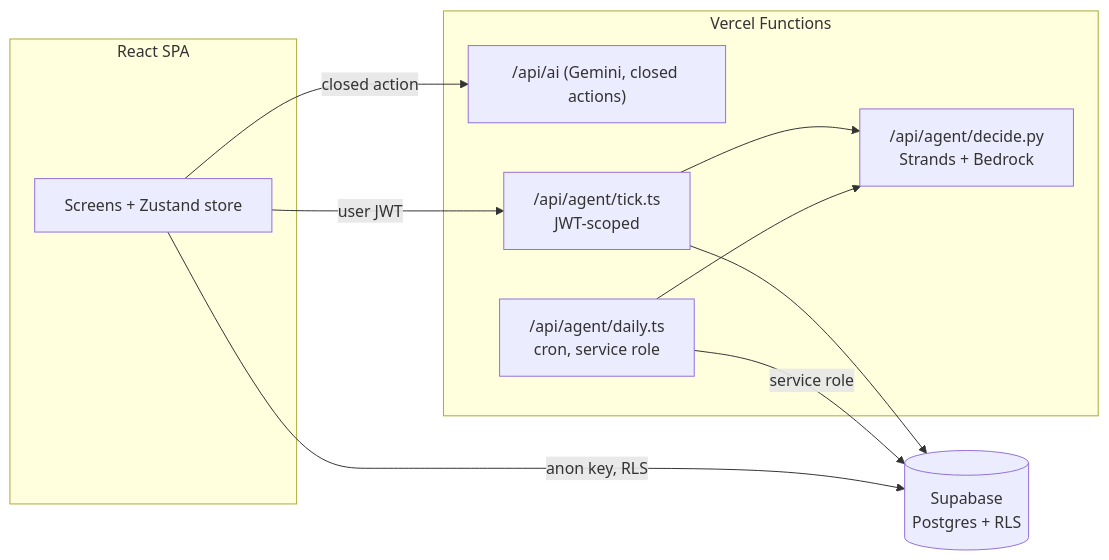
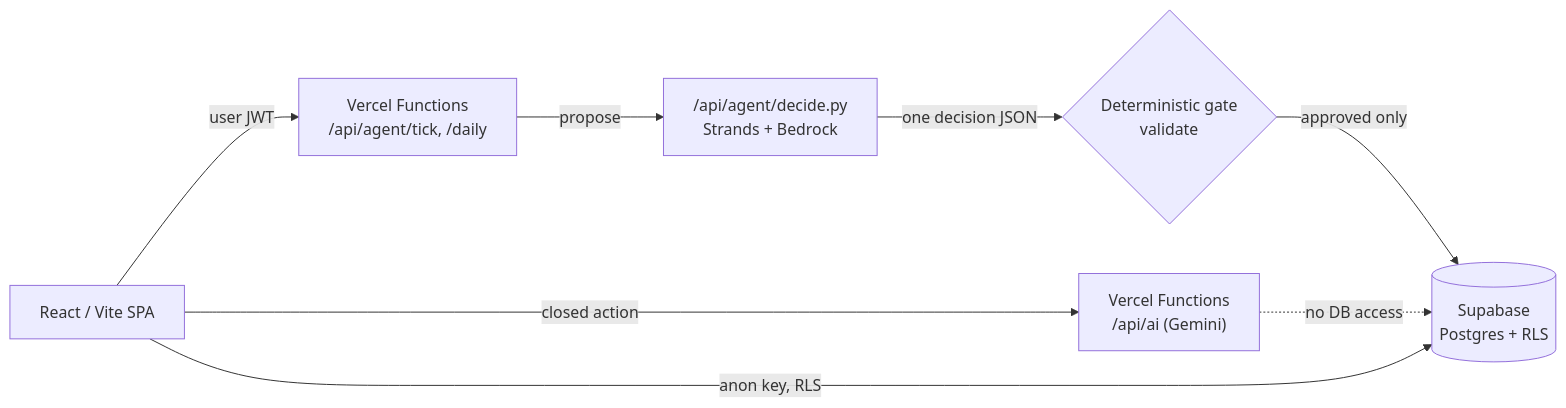
The diagram in README.md (Hloniphani-Dube/Arcadedu), drawn with Mermaid before and after one commit. The commit also changed other lines of this file and 17 other files, not shown here.

````diff
--- a/README.md
+++ b/README.md
@@ -20,21 +48,10 @@
 ```mermaid
 flowchart LR
-    subgraph Browser["React SPA"]
-        UI["Screens + Zustand store"]
-    end
-    subgraph Vercel["Vercel Functions"]
-        AI["/api/ai (Gemini, closed actions)"]
-        Tick["/api/agent/tick.ts\nJWT-scoped"]
-        Daily["/api/agent/daily.ts\ncron, service role"]
-        Decide["/api/agent/decide.py\nStrands + Bedrock"]
-    end
-    DB[("Supabase\nPostgres + RLS")]
-
-    UI -- "closed action" --> AI
-    UI -- "user JWT" --> Tick
-    Tick --> Decide
-    Tick --> DB
-    Daily --> Decide
-    Daily -- "service role" --> DB
+    UI["React / Vite SPA"] -- "closed action" --> AI["Vercel Functions\n/api/ai (Gemini)"]
+    UI -- "user JWT" --> Tick["Vercel Functions\n/api/agent/tick, /daily"]
+    Tick -- "propose" --> Decide["/api/agent/decide.py\nStrands + Bedrock"]
+    Decide -- "one decision JSON" --> Gate{"Deterministic gate\nvalidate"}
+    Gate -- "approved only" --> DB[("Supabase\nPostgres + RLS")]
+    AI -.->|"no DB access"| DB
     UI -- "anon key, RLS" --> DB
 ```
````
